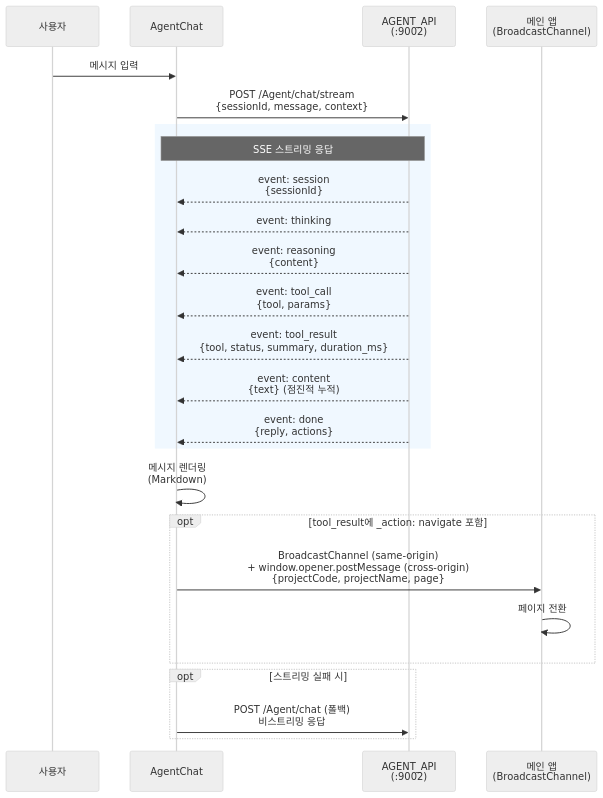
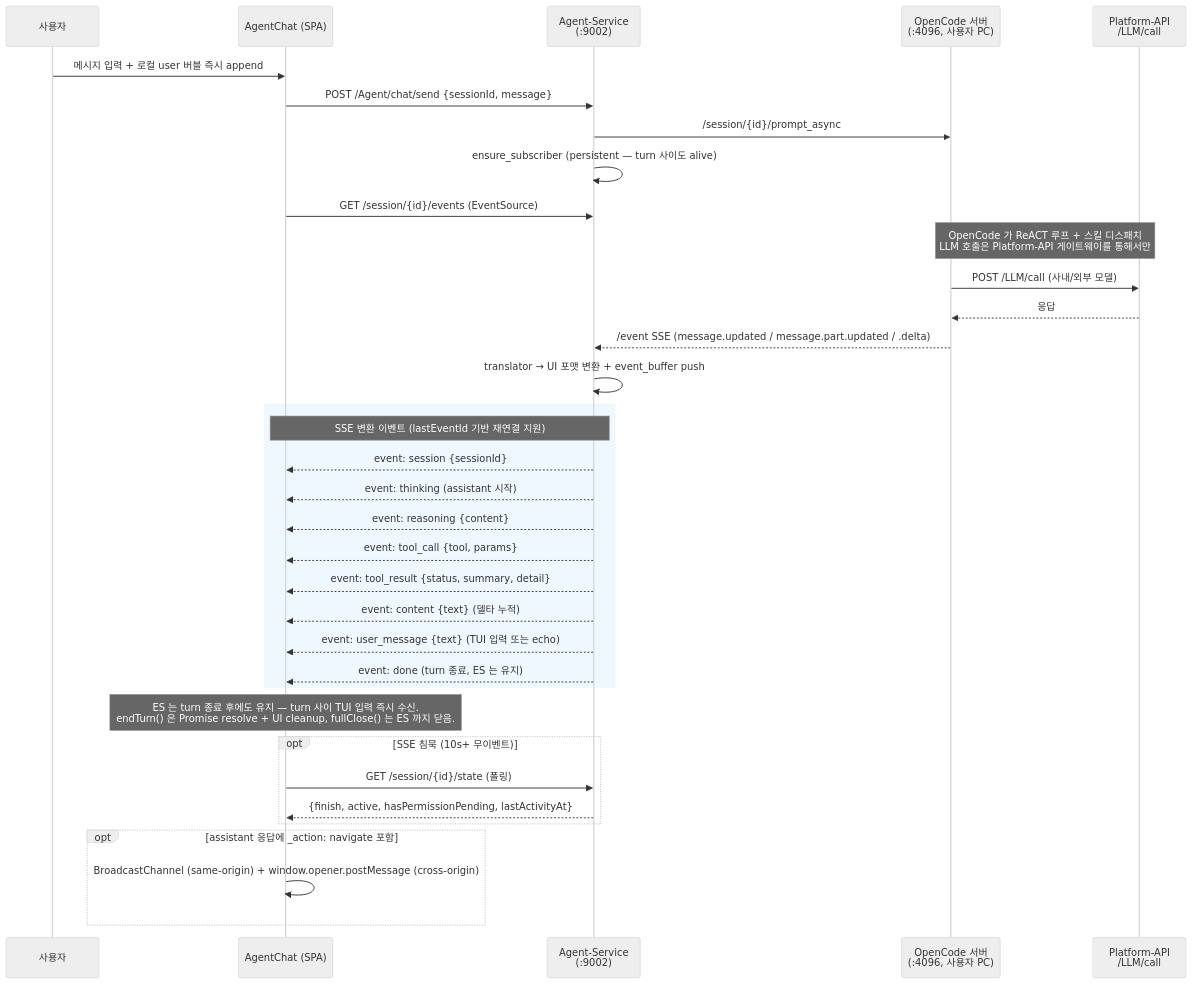
Before and after one commit to archi-duke/GoJIRA: the fourth of 6 diagrams in docs/design-application.md, drawn with Mermaid (neutral theme). The commit also changed other lines of this file and 4 other files, not shown here.

First line of the commit message:
docs: Agent-Service OpenCode bridge 전환 + 채팅 안정화 반영

````diff
--- a/docs/design-application.md
+++ b/docs/design-application.md
@@ -551,32 +553,43 @@
 ```mermaid
 sequenceDiagram
     participant User as 사용자
-    participant AC as AgentChat
-    participant Agent as AGENT_API<br/>(:9002)
-    participant Main as 메인 앱<br/>(BroadcastChannel)
+    participant AC as AgentChat (SPA)
+    participant Agent as Agent-Service<br/>(:9002)
+    participant OC as OpenCode 서버<br/>(:4096, 사용자 PC)
+    participant LLM as Platform-API<br/>/LLM/call
 
-    User->>AC: 메시지 입력
-    AC->>Agent: POST /Agent/chat/stream<br/>{sessionId, message, context}
+    User->>AC: 메시지 입력 + 로컬 user 버블 즉시 append
+    AC->>Agent: POST /Agent/chat/send {sessionId, message}
+    Agent->>OC: /session/{id}/prompt_async
+    Agent->>Agent: ensure_subscriber (persistent — turn 사이도 alive)
+
+    AC->>Agent: GET /session/{id}/events (EventSource)
+    Note over OC,LLM: OpenCode 가 ReACT 루프 + 스킬 디스패치<br/>LLM 호출은 Platform-API 게이트웨이를 통해서만
+    OC->>LLM: POST /LLM/call (사내/외부 모델)
+    LLM-->>OC: 응답
+    OC-->>Agent: /event SSE (message.updated / message.part.updated / .delta)
+    Agent->>Agent: translator → UI 포맷 변환 + event_buffer push
 
     rect rgb(240, 248, 255)
-        Note over Agent,AC: SSE 스트리밍 응답
-        Agent-->>AC: event: session<br/>{sessionId}
-        Agent-->>AC: event: thinking
-        Agent-->>AC: event: reasoning<br/>{content}
-        Agent-->>AC: event: tool_call<br/>{tool, params}
-        Agent-->>AC: event: tool_result<br/>{tool, status, summary, duration_ms}
-        Agent-->>AC: event: content<br/>{text} (점진적 누적)
-        Agent-->>AC: event: done<br/>{reply, actions}
+        Note over Agent,AC: SSE 변환 이벤트 (lastEventId 기반 재연결 지원)
+        Agent-->>AC: event: session {sessionId}
+        Agent-->>AC: event: thinking (assistant 시작)
+        Agent-->>AC: event: reasoning {content}
+        Agent-->>AC: event: tool_call {tool, params}
+        Agent-->>AC: event: tool_result {status, summary, detail}
+        Agent-->>AC: event: content {text} (델타 누적)
+        Agent-->>AC: event: user_message {text} (TUI 입력 또는 echo)
+        Agent-->>AC: event: done (turn 종료, ES 는 유지)
     end
 
-    AC->>AC: 메시지 렌더링<br/>(Markdown)
+    Note over AC: ES 는 turn 종료 후에도 유지 — turn 사이 TUI 입력 즉시 수신.<br/>endTurn() 은 Promise resolve + UI cleanup, fullClose() 는 ES 까지 닫음.
 
-    opt tool_result에 _action: navigate 포함
-        AC->>Main: BroadcastChannel (same-origin)<br/>+ window.opener.postMessage (cross-origin)<br/>{projectCode, projectName, page}
-        Main->>Main: 페이지 전환
+    opt SSE 침묵 (10s+ 무이벤트)
+        AC->>Agent: GET /session/{id}/state (폴링)
+        Agent-->>AC: {finish, active, hasPermissionPending, lastActivityAt}
     end
 
-    opt 스트리밍 실패 시
-        AC->>Agent: POST /Agent/chat (폴백)<br/>비스트리밍 응답
+    opt assistant 응답에 _action: navigate 포함
+        AC->>AC: BroadcastChannel (same-origin) + window.opener.postMessage (cross-origin)
     end
 ```
````
